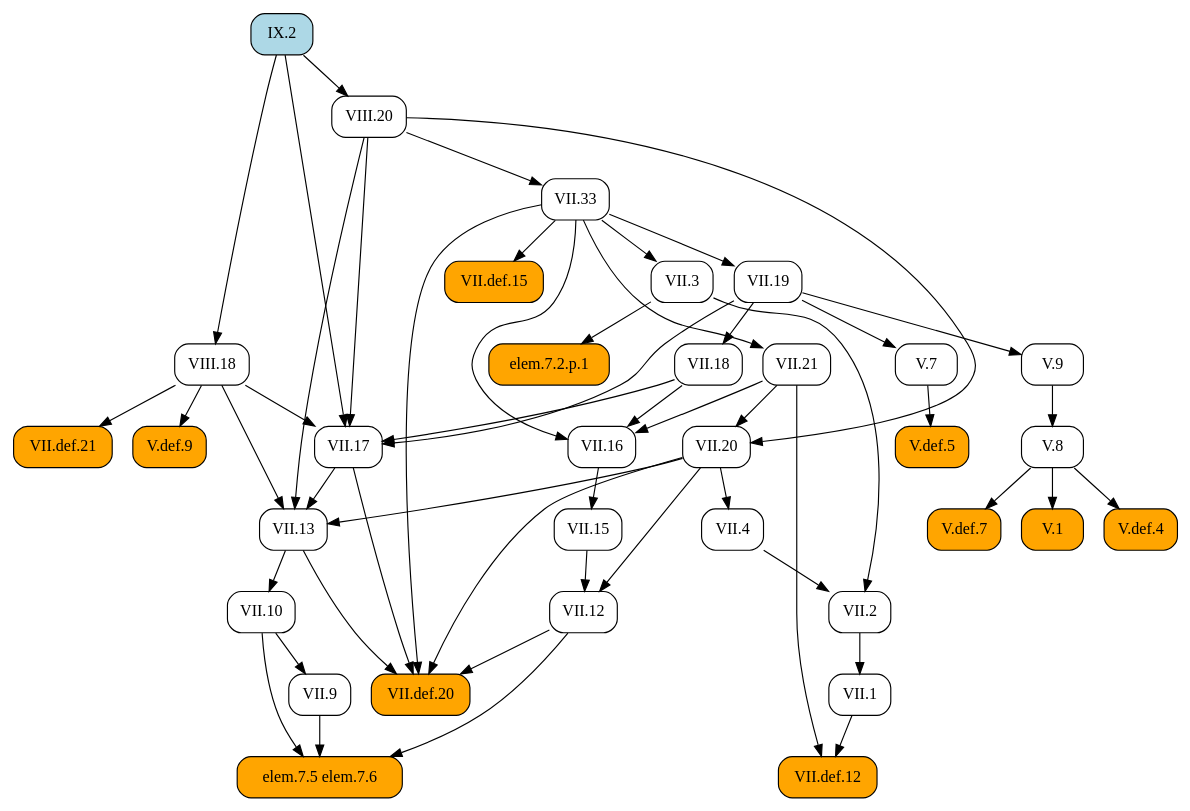
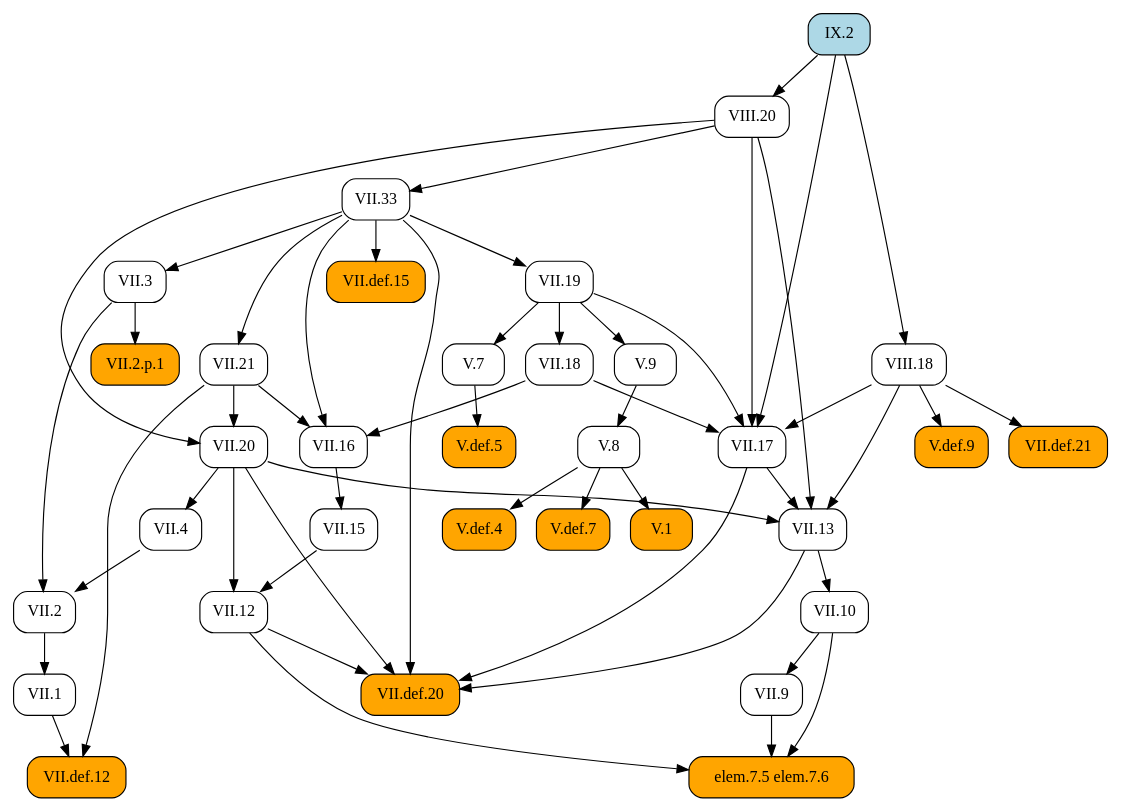
One commit to geometor/elements changed the diagram in docsrc/heath/IX/2/index.rst. Above: the diagram before and after it, drawn with Graphviz. The commit also changed 484 other files, not shown here.

```diff
--- a/docsrc/heath/IX/2/index.rst
+++ b/docsrc/heath/IX/2/index.rst
@@ -38,88 +38,88 @@
    digraph {
      rankdir="TB";
      node [shape=box, style=rounded];
-     "VII.1" [URL="/heath/VII/1/", target="_top"];
+     "VII.33" [URL="/heath/VII/33/", target="_top"];
+     "VII.12" [URL="/heath/VII/12/", target="_top"];
+     "elem.7.5 elem.7.6" [style="rounded,filled", fillcolor=orange];
+     "VIII.20" [URL="/heath/VIII/20/", target="_top"];
      "VII.9" [URL="/heath/VII/9/", target="_top"];
+     "VII.18" [URL="/heath/VII/18/", target="_top"];
+     "VII.16" [URL="/heath/VII/16/", target="_top"];
+     "V.7" [URL="/heath/V/7/", target="_top"];
      "IX.2" [style="rounded,filled", fillcolor=lightblue, URL="/heath/IX/2/", target="_top"];
      "V.def.5" [style="rounded,filled", fillcolor=orange, URL="/heath/V/def.5/", target="_top"];
+     "V.9" [URL="/heath/V/9/", target="_top"];
+     "VII.10" [URL="/heath/VII/10/", target="_top"];
+     "VII.13" [URL="/heath/VII/13/", target="_top"];
+     "VIII.18" [URL="/heath/VIII/18/", target="_top"];
+     "VII.def.15" [style="rounded,filled", fillcolor=orange, URL="/heath/VII/def.15/", target="_top"];
+     "VII.17" [URL="/heath/VII/17/", target="_top"];
+     "VII.19" [URL="/heath/VII/19/", target="_top"];
+     "VII.2" [URL="/heath/VII/2/", target="_top"];
+     "VII.def.20" [style="rounded,filled", fillcolor=orange, URL="/heath/VII/def.20/", target="_top"];
+     "VII.2.p.1" [style="rounded,filled", fillcolor=orange];
+     "VII.15" [URL="/heath/VII/15/", target="_top"];
+     "V.def.4" [style="rounded,filled", fillcolor=orange, URL="/heath/V/def.4/", target="_top"];
+     "V.def.7" [style="rounded,filled", fillcolor=orange, URL="/heath/V/def.7/", target="_top"];
+     "VII.21" [URL="/heath/VII/21/", target="_top"];
+     "VII.1" [URL="/heath/VII/1/", target="_top"];
+     "V.8" [URL="/heath/V/8/", target="_top"];
+     "VII.4" [URL="/heath/VII/4/", target="_top"];
+     "VII.def.12" [style="rounded,filled", fillcolor=orange, URL="/heath/VII/def.12/", target="_top"];
+     "V.1" [style="rounded,filled", fillcolor=orange, URL="/heath/V/1/", target="_top"];
+     "V.def.9" [style="rounded,filled", fillcolor=orange, URL="/heath/V/def.9/", target="_top"];
      "VII.3" [URL="/heath/VII/3/", target="_top"];
-     "VII.17" [URL="/heath/VII/17/", target="_top"];
-     "elem.7.5 elem.7.6" [style="rounded,filled", fillcolor=orange];
+     "VII.20" [URL="/heath/VII/20/", target="_top"];
      "VII.def.21" [style="rounded,filled", fillcolor=orange, URL="/heath/VII/def.21/", target="_top"];
-     "V.7" [URL="/heath/V/7/", target="_top"];
-     "V.9" [URL="/heath/V/9/", target="_top"];
-     "VII.13" [URL="/heath/VII/13/", target="_top"];
-     "VII.2" [URL="/heath/VII/2/", target="_top"];
-     "VII.12" [URL="/heath/VII/12/", target="_top"];
-     "VII.def.12" [style="rounded,filled", fillcolor=orange, URL="/heath/VII/def.12/", target="_top"];
-     "V.8" [URL="/heath/V/8/", target="_top"];
-     "VII.33" [URL="/heath/VII/33/", target="_top"];
-     "V.def.9" [style="rounded,filled", fillcolor=orange, URL="/heath/V/def.9/", target="_top"];
-     "elem.7.2.p.1" [style="rounded,filled", fillcolor=orange];
-     "VIII.18" [URL="/heath/VIII/18/", target="_top"];
-     "VII.10" [URL="/heath/VII/10/", target="_top"];
-     "VII.def.15" [style="rounded,filled", fillcolor=orange, URL="/heath/VII/def.15/", target="_top"];
-     "VII.19" [URL="/heath/VII/19/", target="_top"];
-     "VII.18" [URL="/heath/VII/18/", target="_top"];
-     "VII.16" [URL="/heath/VII/16/", target="_top"];
-     "VII.4" [URL="/heath/VII/4/", target="_top"];
-     "VII.21" [URL="/heath/VII/21/", target="_top"];
-     "V.1" [style="rounded,filled", fillcolor=orange, URL="/heath/V/1/", target="_top"];
-     "VII.20" [URL="/heath/VII/20/", target="_top"];
-     "V.def.4" [style="rounded,filled", fillcolor=orange, URL="/heath/V/def.4/", target="_top"];
-     "VIII.20" [URL="/heath/VIII/20/", target="_top"];
-     "V.def.7" [style="rounded,filled", fillcolor=orange, URL="/heath/V/def.7/", target="_top"];
-     "VII.15" [URL="/heath/VII/15/", target="_top"];
-     "VII.def.20" [style="rounded,filled", fillcolor=orange, URL="/heath/VII/def.20/", target="_top"];
-     "VII.2" -> "VII.1";
+     "VIII.20" -> "VII.33";
+     "VII.15" -> "VII.12";
+     "VII.20" -> "VII.12";
+     "VII.9" -> "elem.7.5 elem.7.6";
+     "VII.10" -> "elem.7.5 elem.7.6";
+     "VII.12" -> "elem.7.5 elem.7.6";
+     "IX.2" -> "VIII.20";
      "VII.10" -> "VII.9";
+     "VII.19" -> "VII.18";
+     "VII.18" -> "VII.16";
+     "VII.21" -> "VII.16";
+     "VII.33" -> "VII.16";
+     "VII.19" -> "V.7";
      "V.7" -> "V.def.5";
-     "VII.33" -> "VII.3";
+     "VII.19" -> "V.9";
+     "VII.13" -> "VII.10";
+     "VII.17" -> "VII.13";
+     "VII.20" -> "VII.13";
+     "VIII.18" -> "VII.13";
+     "VIII.20" -> "VII.13";
+     "IX.2" -> "VIII.18";
+     "VII.33" -> "VII.def.15";
      "VII.18" -> "VII.17";
      "VII.19" -> "VII.17";
      "VIII.18" -> "VII.17";
      "VIII.20" -> "VII.17";
      "IX.2" -> "VII.17";
-     "VII.9" -> "elem.7.5 elem.7.6";
-     "VII.10" -> "elem.7.5 elem.7.6";
-     "VII.12" -> "elem.7.5 elem.7.6";
-     "VIII.18" -> "VII.def.21";
-     "VII.19" -> "V.7";
-     "VII.19" -> "V.9";
-     "VII.17" -> "VII.13";
-     "VII.20" -> "VII.13";
-     "VIII.18" -> "VII.13";
-     "VIII.20" -> "VII.13";
+     "VII.33" -> "VII.19";
      "VII.3" -> "VII.2";
      "VII.4" -> "VII.2";
-     "VII.15" -> "VII.12";
-     "VII.20" -> "VII.12";
-     "VII.1" -> "VII.def.12";
-     "VII.21" -> "VII.def.12";
-     "V.9" -> "V.8";
-     "VIII.20" -> "VII.33";
-     "VIII.18" -> "V.def.9";
-     "VII.3" -> "elem.7.2.p.1";
-     "IX.2" -> "VIII.18";
-     "VII.13" -> "VII.10";
-     "VII.33" -> "VII.def.15";
-     "VII.33" -> "VII.19";
-     "VII.19" -> "VII.18";
-     "VII.18" -> "VII.16";
-     "VII.21" -> "VII.16";
-     "VII.33" -> "VII.16";
-     "VII.20" -> "VII.4";
-     "VII.33" -> "VII.21";
-     "V.8" -> "V.1";
-     "VII.21" -> "VII.20";
-     "VIII.20" -> "VII.20";
-     "V.8" -> "V.def.4";
-     "IX.2" -> "VIII.20";
-     "V.8" -> "V.def.7";
-     "VII.16" -> "VII.15";
      "VII.12" -> "VII.def.20";
      "VII.13" -> "VII.def.20";
      "VII.17" -> "VII.def.20";
      "VII.20" -> "VII.def.20";
      "VII.33" -> "VII.def.20";
+     "VII.3" -> "VII.2.p.1";
+     "VII.16" -> "VII.15";
+     "V.8" -> "V.def.4";
+     "V.8" -> "V.def.7";
+     "VII.33" -> "VII.21";
+     "VII.2" -> "VII.1";
+     "V.9" -> "V.8";
+     "VII.20" -> "VII.4";
+     "VII.1" -> "VII.def.12";
+     "VII.21" -> "VII.def.12";
+     "V.8" -> "V.1";
+     "VIII.18" -> "V.def.9";
+     "VII.33" -> "VII.3";
+     "VII.21" -> "VII.20";
+     "VIII.20" -> "VII.20";
+     "VIII.18" -> "VII.def.21";
    }
```
